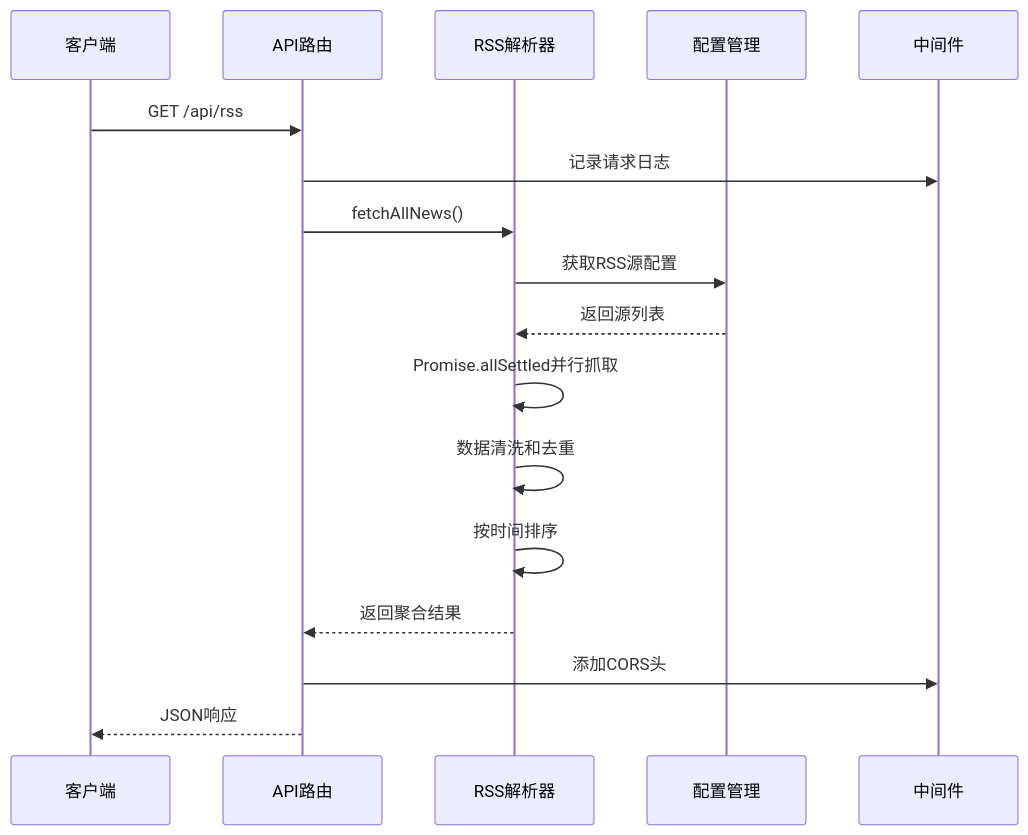
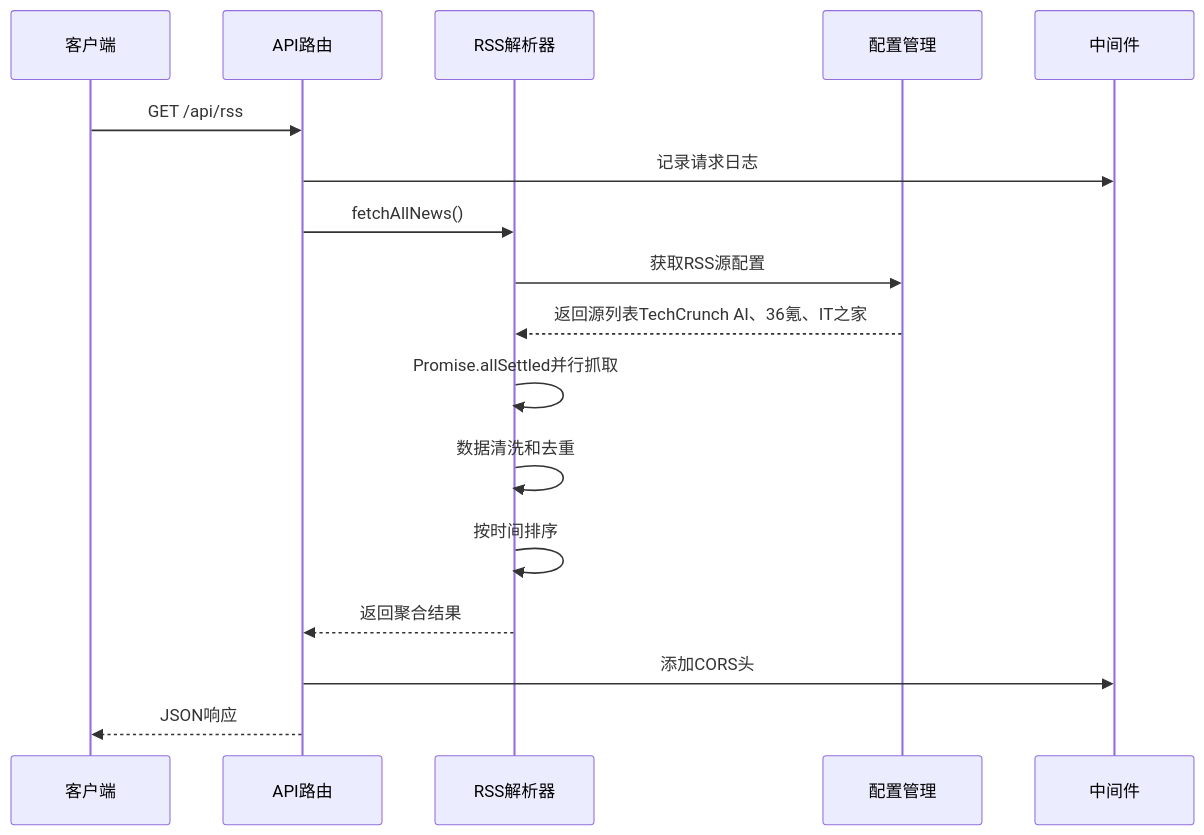
The third of 9 diagrams in .qoder/repowiki/zh/content/技术实现细节.md (huanglixinccc/next-demo-collection), drawn with Mermaid before and after one commit. The commit also changed other lines of this file and 10 other files, not shown here.

````diff
--- a/.qoder/repowiki/zh/content/技术实现细节.md
+++ b/.qoder/repowiki/zh/content/技术实现细节.md
@@ -134,19 +132,19 @@
 ```mermaid
 sequenceDiagram
 participant Client as 客户端
 participant API as API路由
 participant Parser as RSS解析器
 participant Config as 配置管理
 participant Middleware as 中间件
 Client->>API : GET /api/rss
 API->>Middleware : 记录请求日志
 API->>Parser : fetchAllNews()
 Parser->>Config : 获取RSS源配置
-Config-->>Parser : 返回源列表
+Config-->>Parser : 返回源列表TechCrunch AI、36氪、IT之家
 Parser->>Parser : Promise.allSettled并行抓取
 Parser->>Parser : 数据清洗和去重
 Parser->>Parser : 按时间排序
 Parser-->>API : 返回聚合结果
 API->>Middleware : 添加CORS头
 API-->>Client : JSON响应
 ```
````
